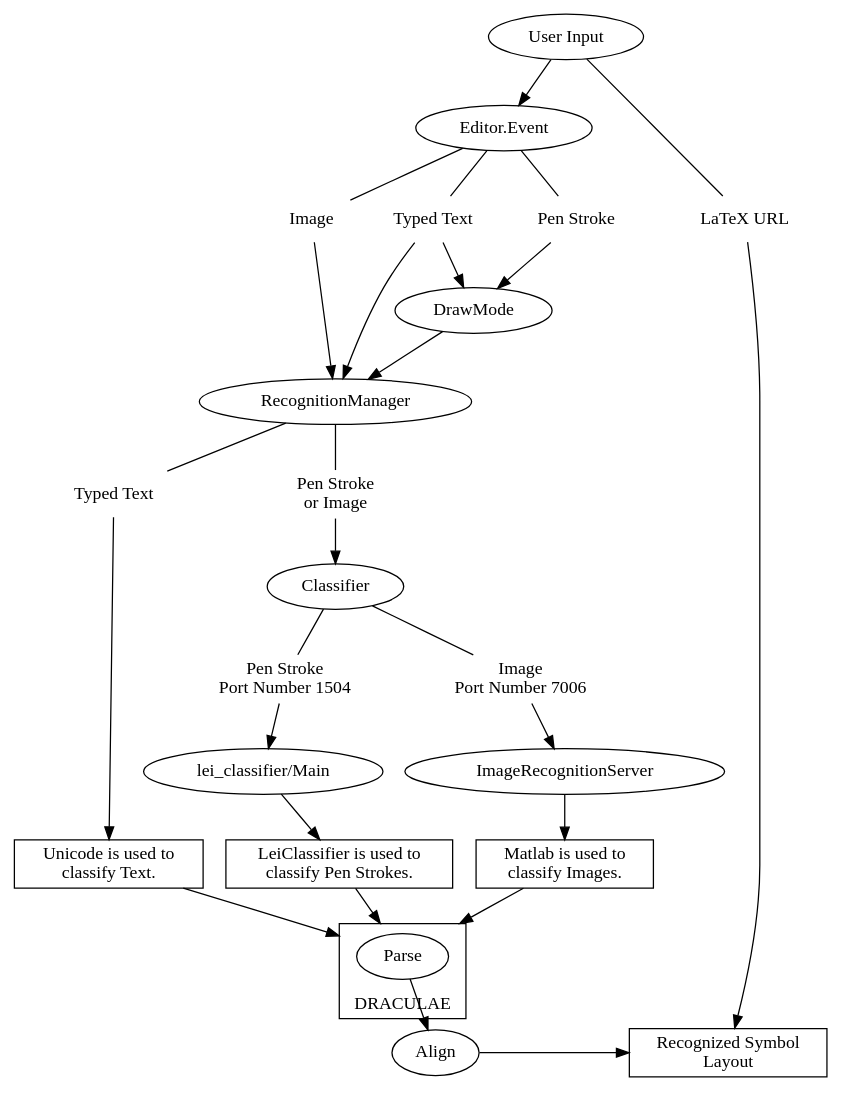
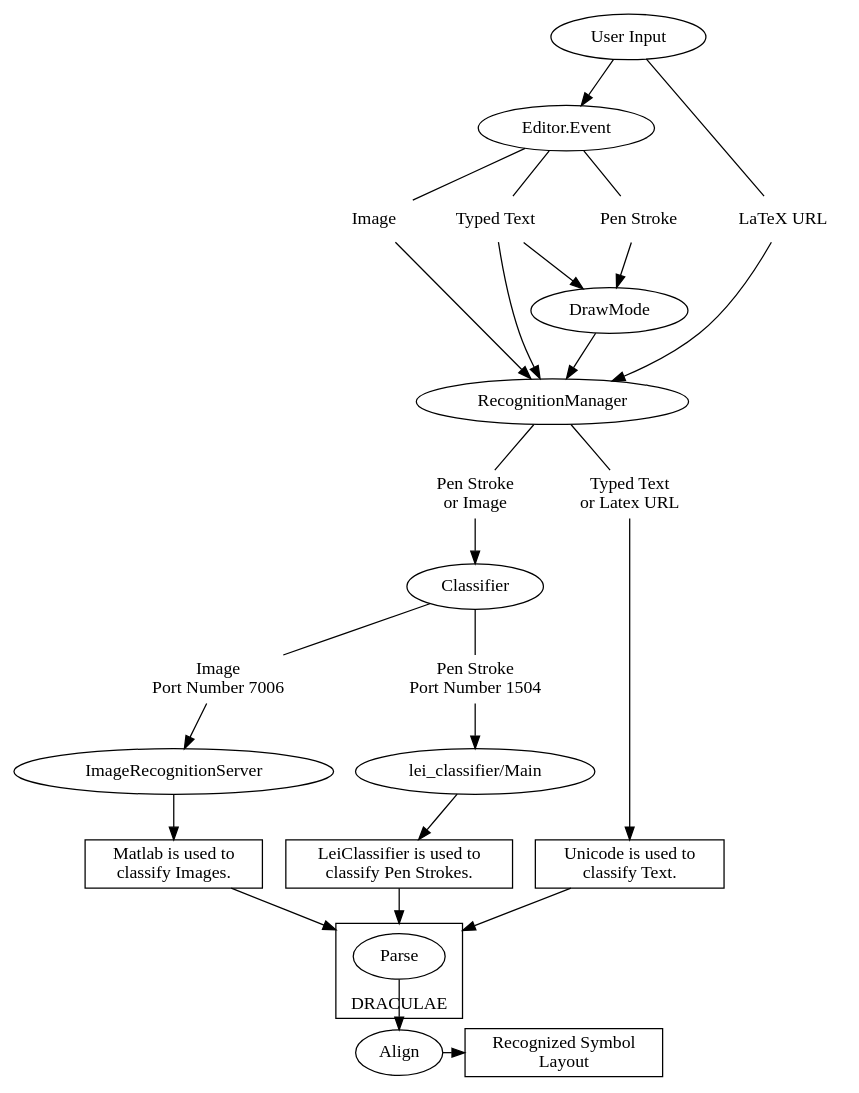
Before and after one commit to DPRL/min: the diagram in pen_entry/doc/min_process.dot, drawn with Graphviz. The commit also changed 1 other file, not shown here.

Commit message:
Removed conflicting sections in refactor.tex and changed the min_process.dot to have latex URL pointing to the right node

```diff
--- a/pen_entry/doc/min_process.dot
+++ b/pen_entry/doc/min_process.dot
@@ -1,69 +1,69 @@
 digraph min_process {
 	compound = true;
 	
     UI [label="User Input"];
     EE [label="Editor.Event"];
     PS1 [label="Pen Stroke",shape="plaintext"];
     IM1 [label="Image",shape="plaintext"];
     TT1 [label="Typed Text",shape="plaintext"];
     LURL [label="LaTeX URL",shape="plaintext"];
     DM [label="DrawMode"];
     RM [label="RecognitionManager"];
     CL [label="Classifier"];
     PPS [label="Pen Stroke\nPort Number 1504",shape="plaintext"];
     PIM [label="Image\nPort Number 7006",shape="plaintext"];
     LC [label="lei_classifier/Main"];
     IRS [label="ImageRecognitionServer"];
     PSoIM [label="Pen Stroke\nor Image",shape="plaintext"];
     ETT [label="Unicode is used to\nclassify Text.",shape="box"];
     EIM [label="Matlab is used to\nclassify Images.",shape="box"];
     EPS [label="LeiClassifier is used to\nclassify Pen Strokes.",shape="box"];    
-    TT2 [label="Typed Text",shape="plaintext"];
+    TT2 [label="Typed Text\nor Latex URL",shape="plaintext"];
     OUT [label="Recognized Symbol\nLayout",shape="box"];
     
 	subgraph cluster_align {
         label="DRACULAE";
         labelloc="b";
         PA [label="Parse"];
         AL [label="Align"];
         PA -> AL;
     }
 
     {rank=same; ETT EPS EIM}
 
     ETT -> PA [lhead=cluster_align];
     EPS -> PA [lhead=cluster_align];
     EIM -> PA [lhead=cluster_align];
 
     {rank=same; OUT AL}
     AL -> OUT [ltail=cluster_align];
 
     {rank=same; LURL PS1 IM1 TT1}
     
     UI -> EE;
     EE -> PS1 [arrowhead="none"];
     EE -> IM1 [arrowhead="none"];
     EE -> TT1 [arrowhead="none"];
     UI -> LURL [arrowhead="none"];
-    LURL -> OUT;
+    LURL -> RM;
 
     PS1 -> DM;
     TT1 -> DM;
     
     TT1 -> RM;
     IM1 -> RM;
     DM -> RM;
     RM -> TT2 [arrowhead="none"];
     RM -> PSoIM [arrowhead="none"];
     PSoIM->CL;
     
     TT2 -> ETT;
 
     CL -> PPS [arrowhead="none"];
     PPS -> LC;
     LC -> EPS;
 
     CL -> PIM [arrowhead="none"];
     PIM -> IRS;
     IRS -> EIM;
 }
```
